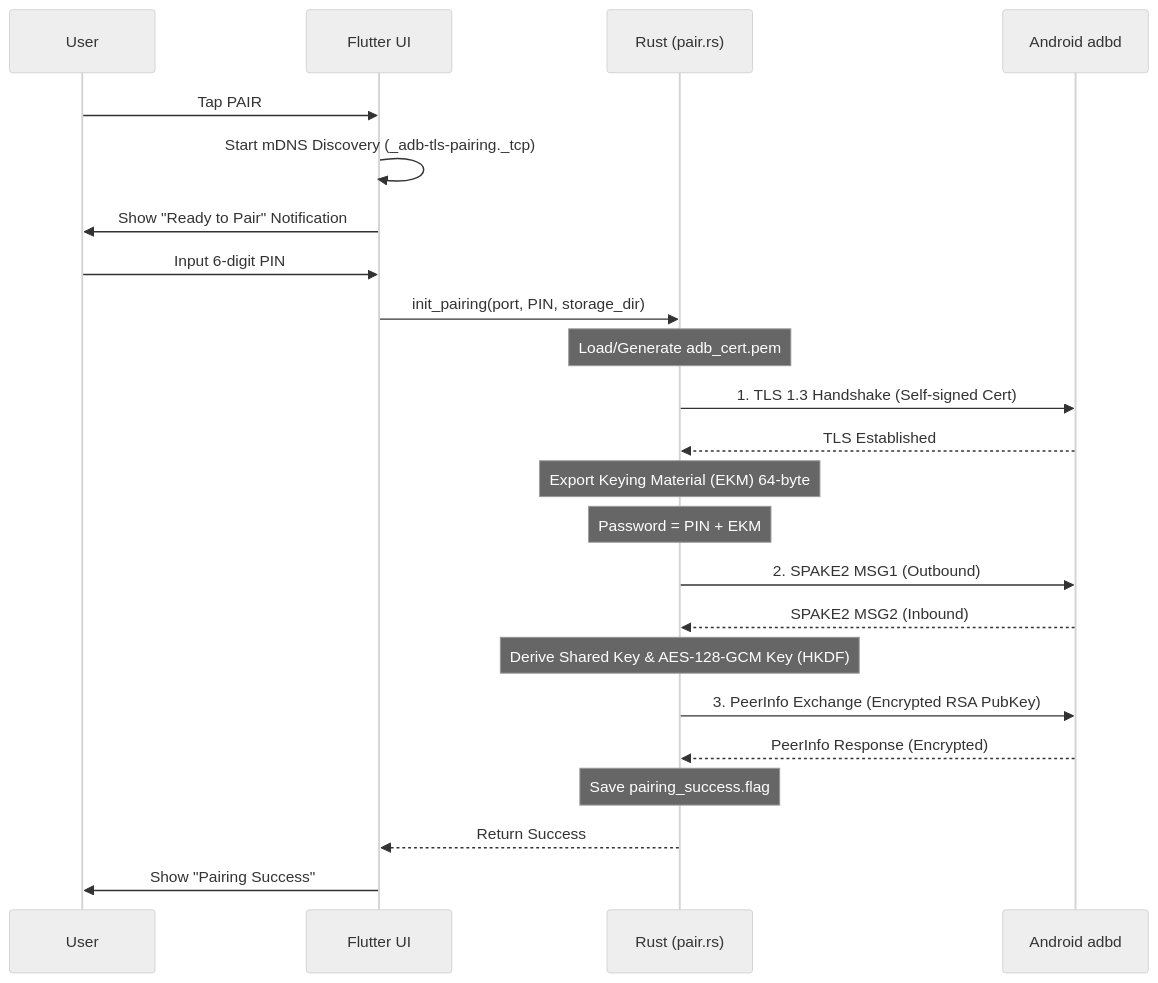
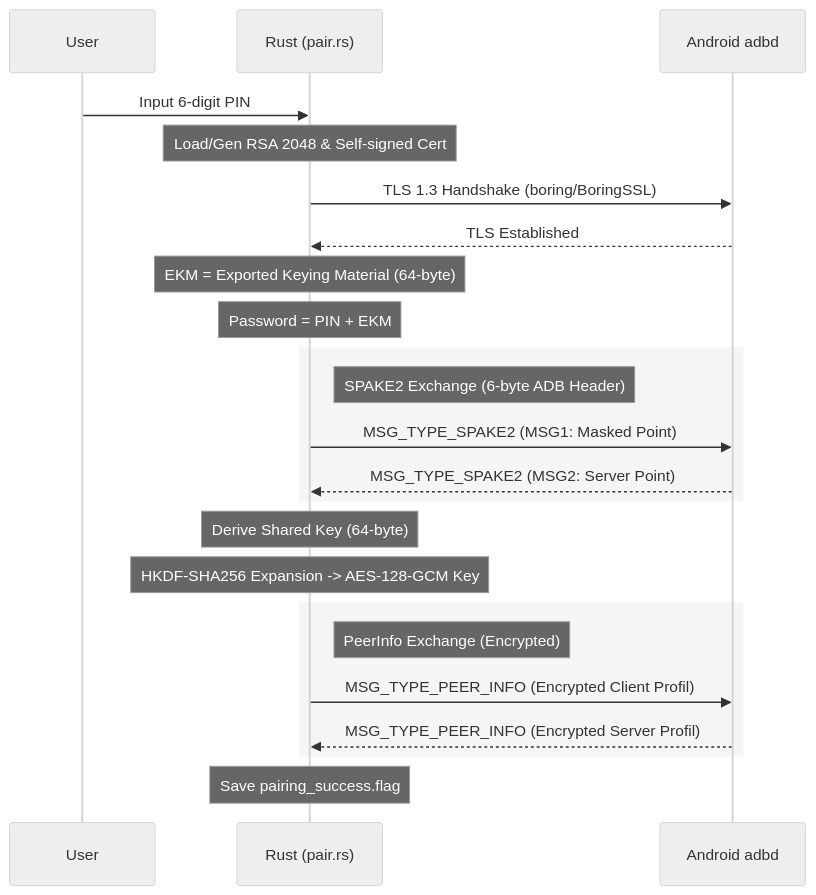
Before and after one commit to eLgorythm/Stellar: the first of 2 diagrams in Flow.md, drawn with Mermaid (neutral theme). The commit also changed other lines of this file, not shown here.

````diff
--- a/Flow.md
+++ b/Flow.md
@@ -9,32 +13,31 @@
 ```mermaid
 sequenceDiagram
     participant U as User
-    participant F as Flutter UI
     participant R as Rust (pair.rs)
     participant A as Android adbd
 
-    U->>F: Tap PAIR
-    F->>F: Start mDNS Discovery (_adb-tls-pairing._tcp)
-    F->>U: Show "Ready to Pair" Notification
-    U->>F: Input 6-digit PIN
-    F->>R: init_pairing(port, PIN, storage_dir)
-    
-    Note over R: Load/Generate adb_cert.pem
-    R->>A: 1. TLS 1.3 Handshake (Self-signed Cert)
+    U->>R: Input 6-digit PIN
+    Note over R: Load/Gen RSA 2048 & Self-signed Cert
+    R->>A: TLS 1.3 Handshake (boring/BoringSSL)
     A-->>R: TLS Established
     
-    Note over R: Export Keying Material (EKM) 64-byte
+    Note over R: EKM = Exported Keying Material (64-byte)
     Note over R: Password = PIN + EKM
     
-    R->>A: 2. SPAKE2 MSG1 (Outbound)
-    A-->>R: SPAKE2 MSG2 (Inbound)
+    rect rgb(245, 245, 245)
+        Note right of R: SPAKE2 Exchange (6-byte ADB Header)
+        R->>A: MSG_TYPE_SPAKE2 (MSG1: Masked Point)
+        A-->>R: MSG_TYPE_SPAKE2 (MSG2: Server Point)
+    end
     
-    Note over R: Derive Shared Key & AES-128-GCM Key (HKDF)
+    Note over R: Derive Shared Key (64-byte)
+    Note over R: HKDF-SHA256 Expansion -> AES-128-GCM Key
     
-    R->>A: 3. PeerInfo Exchange (Encrypted RSA PubKey)
-    A-->>R: PeerInfo Response (Encrypted)
+    rect rgb(245, 245, 245)
+        Note right of R: PeerInfo Exchange (Encrypted)
+        R->>A: MSG_TYPE_PEER_INFO (Encrypted Client Profil)
+        A-->>R: MSG_TYPE_PEER_INFO (Encrypted Server Profil)
+    end
     
     Note over R: Save pairing_success.flag
-    R-->>F: Return Success
-    F->>U: Show "Pairing Success"
 ```
````
